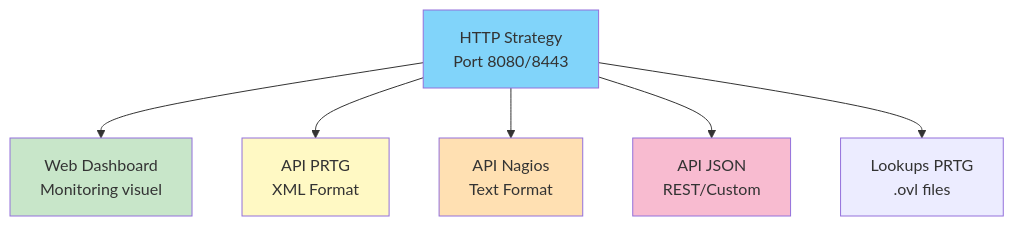
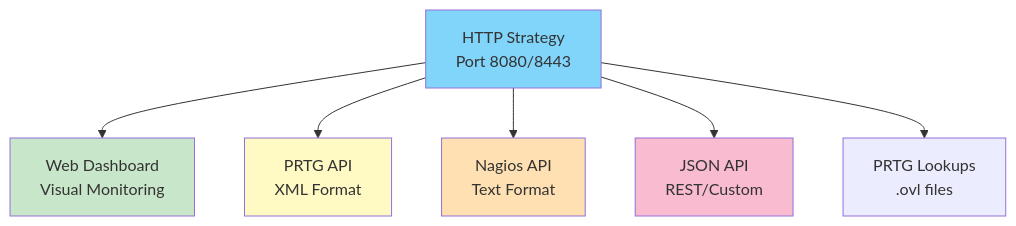
Before and after one commit to senhub-io/senhub-agent: the first of 2 diagrams in docs/user-guide/HTTP-HTTPS-CONFIGURATION.md, drawn with Mermaid. The commit also changed other lines of this file and 3 other files, not shown here.

````diff
--- a/docs/user-guide/HTTP-HTTPS-CONFIGURATION.md
+++ b/docs/user-guide/HTTP-HTTPS-CONFIGURATION.md
@@ -19,14 +19,14 @@
 ```mermaid
 graph TD
-    HTTP[HTTP Strategy<br/>Port 8080/8443] --> WEB[Web Dashboard<br/>Monitoring visuel]
-    HTTP --> PRTG[API PRTG<br/>XML Format]
-    HTTP --> NAGIOS[API Nagios<br/>Text Format]
-    HTTP --> JSON[API JSON<br/>REST/Custom]
-    HTTP --> LOOKUPS[Lookups PRTG<br/>.ovl files]
+    HTTP[HTTP Strategy<br/>Port 8080/8443] --> WEB[Web Dashboard<br/>Visual Monitoring]
+    HTTP --> PRTG[PRTG API<br/>XML Format]
+    HTTP --> NAGIOS[Nagios API<br/>Text Format]
+    HTTP --> JSON[JSON API<br/>REST/Custom]
+    HTTP --> LOOKUPS[PRTG Lookups<br/>.ovl files]
 
     style HTTP fill:#81d4fa
     style WEB fill:#c8e6c9
     style PRTG fill:#fff9c4
     style NAGIOS fill:#ffe0b2
     style JSON fill:#f8bbd0
 ```
````
